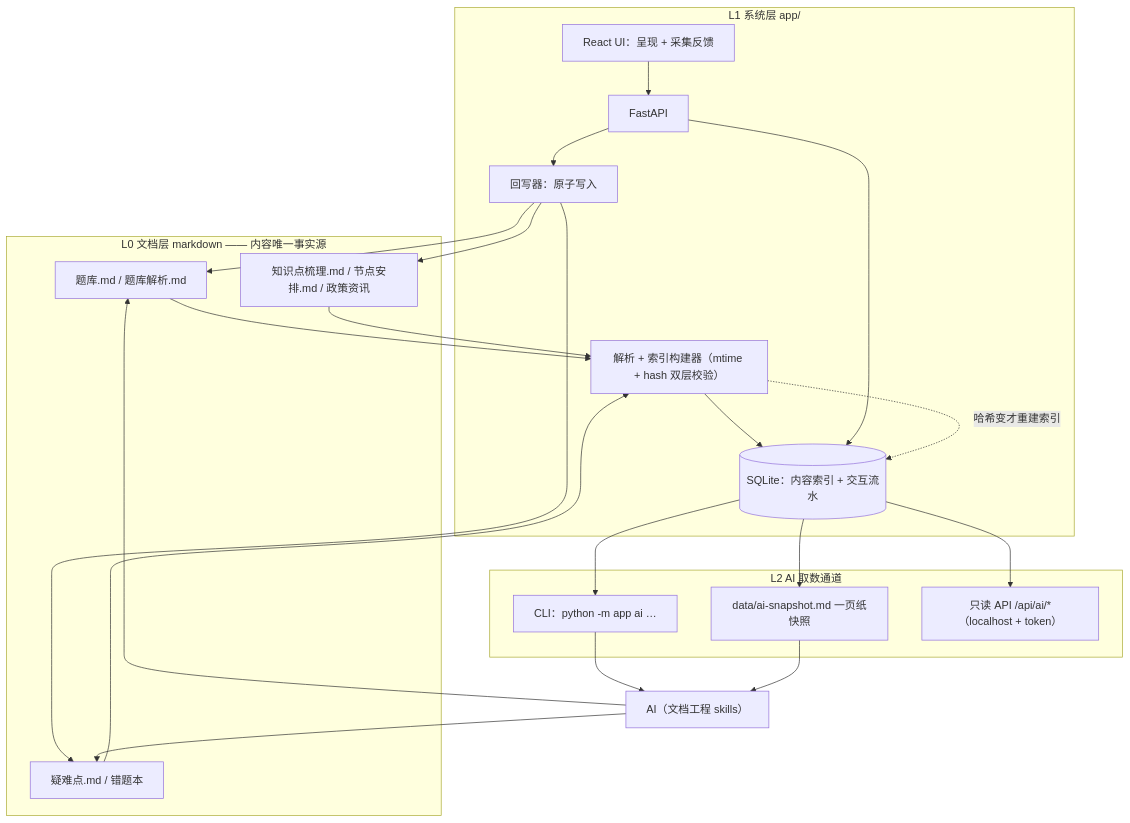
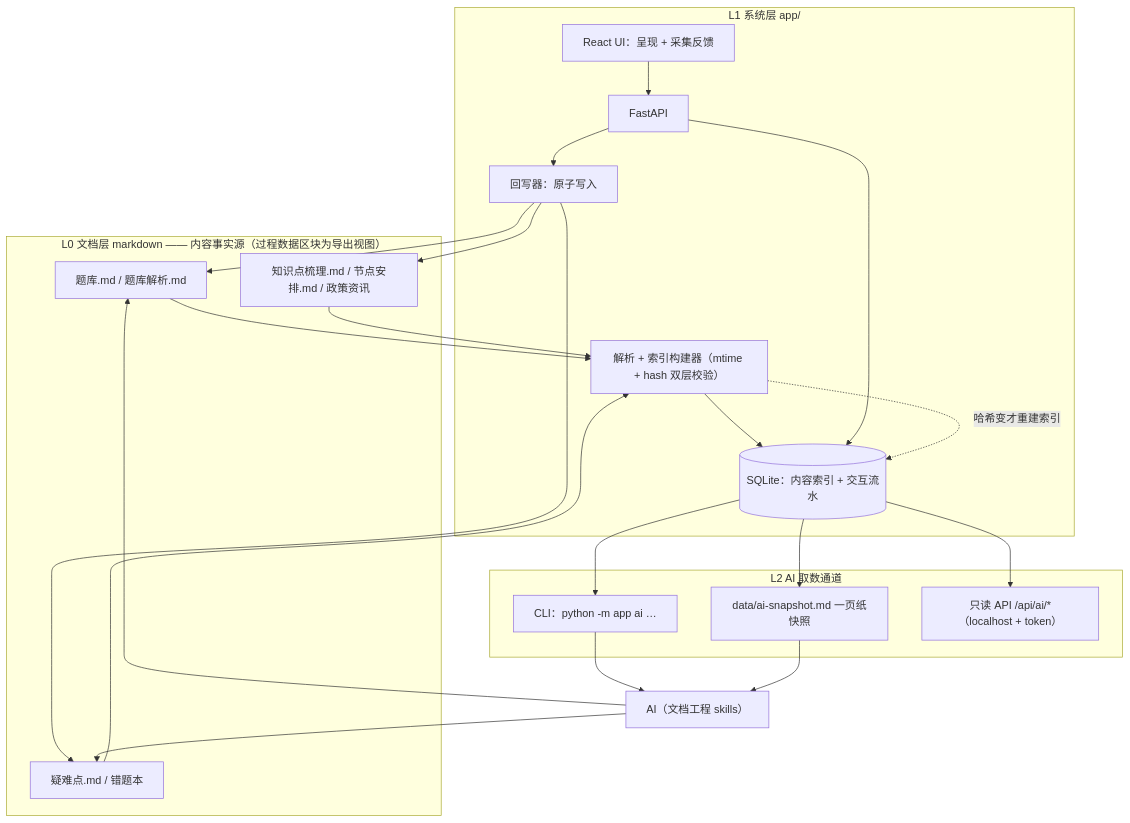
Before and after one commit to zz3508886-stack/havefun: the first of 2 diagrams in docs/architecture/learning-platform-design.md, drawn with Mermaid. The commit also changed other lines of this file and 108 other files, not shown here.

````diff
--- a/docs/architecture/learning-platform-design.md
+++ b/docs/architecture/learning-platform-design.md
@@ -35,34 +35,34 @@
 ```mermaid
 flowchart TD
-    subgraph L0["L0 文档层 markdown —— 内容唯一事实源"]
+    subgraph L0["L0 文档层 markdown —— 内容事实源（过程数据区块为导出视图）"]
         Q["题库.md / 题库解析.md"]
         D["疑难点.md / 错题本"]
         P["知识点梳理.md / 节点安排.md / 政策资讯"]
     end
     subgraph L1["L1 系统层 app/"]
         IDX["解析 + 索引构建器（mtime + hash 双层校验）"]
         UI["React UI：呈现 + 采集反馈"]
         API["FastAPI"]
         DB[("SQLite：内容索引 + 交互流水")]
         WB["回写器：原子写入"]
     end
     subgraph L2["L2 AI 取数通道"]
         CLI["CLI：python -m app ai …"]
         SNAP["data/ai-snapshot.md 一页纸快照"]
         RO["只读 API /api/ai/*（localhost + token）"]
     end
     AI["AI（文档工程 skills）"]
     Q --> IDX --> DB
     P --> IDX
     D --> IDX
     UI --> API --> DB
     API --> WB --> Q
     WB --> D
     WB --> P
     DB --> CLI --> AI
     DB --> SNAP --> AI
     DB --> RO
     AI --> Q
     AI --> D
     IDX -. 哈希变才重建索引 .-> DB
 ```
````
